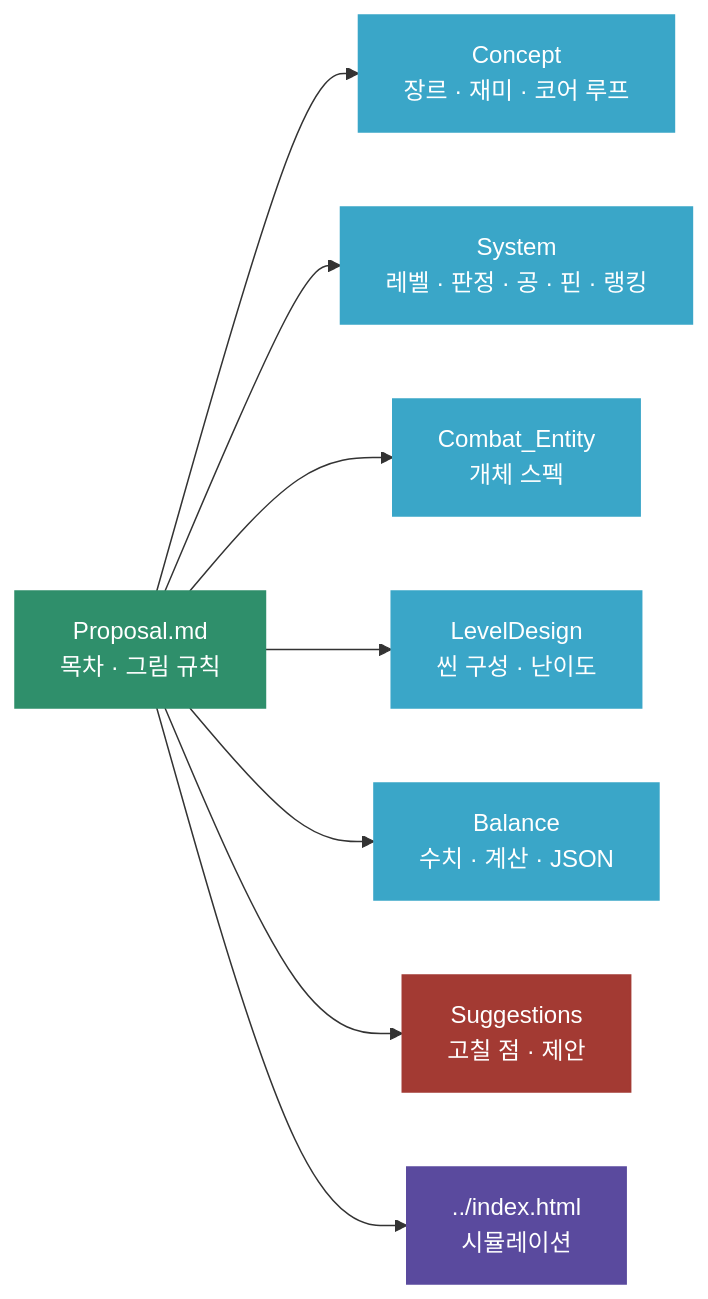
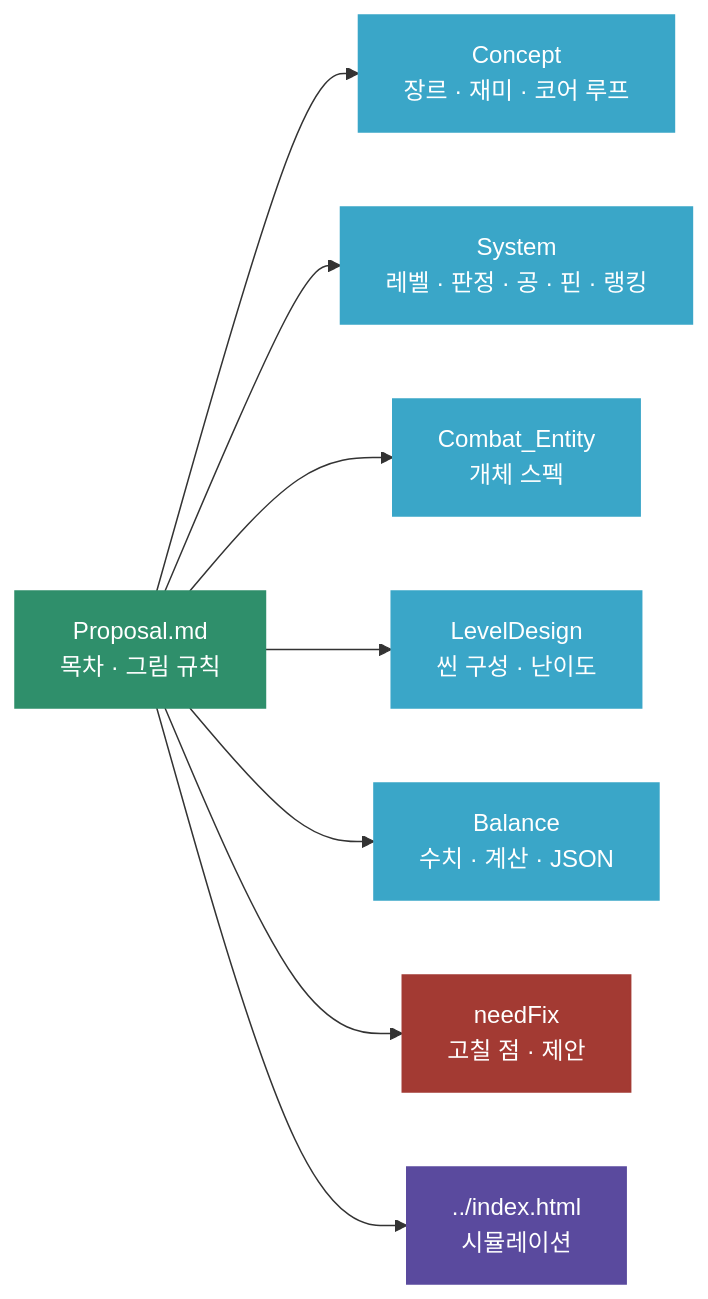
The diagram in docs/Proposal/Proposal.md (mijin1996/game-VR-Bowling), drawn with Mermaid before and after one commit. The commit also changed other lines of this file and 6 other files, not shown here.

Commit message:
docs: Suggestions.md 이름을 needFix.md로 변경하고 링크 갱신

````diff
--- a/docs/Proposal/Proposal.md
+++ b/docs/Proposal/Proposal.md
@@ -15,23 +15,23 @@
 ```mermaid
 flowchart LR
   P["Proposal.md<br/>목차 · 그림 규칙"]:::scene
   C1["Concept<br/>장르 · 재미 · 코어 루프"]:::script
   C2["System<br/>레벨 · 판정 · 공 · 핀 · 랭킹"]:::script
   C3["Combat_Entity<br/>개체 스펙"]:::script
   C4["LevelDesign<br/>씬 구성 · 난이도"]:::script
   C5["Balance<br/>수치 · 계산 · JSON"]:::script
-  S6["Suggestions<br/>고칠 점 · 제안"]:::data
+  S6["needFix<br/>고칠 점 · 제안"]:::data
   SIM["../index.html<br/>시뮬레이션"]:::ui
   P --> C1
   P --> C2
   P --> C3
   P --> C4
   P --> C5
   P --> S6
   P --> SIM
   classDef scene fill:#2F8F6B,color:#fff,stroke:#2F8F6B
   classDef script fill:#3AA6C8,color:#fff,stroke:#3AA6C8
   classDef obj fill:#6B7280,color:#fff,stroke:#6B7280
   classDef ui fill:#5A4A9E,color:#fff,stroke:#5A4A9E
   classDef data fill:#A33A33,color:#fff,stroke:#A33A33
 ```
````
